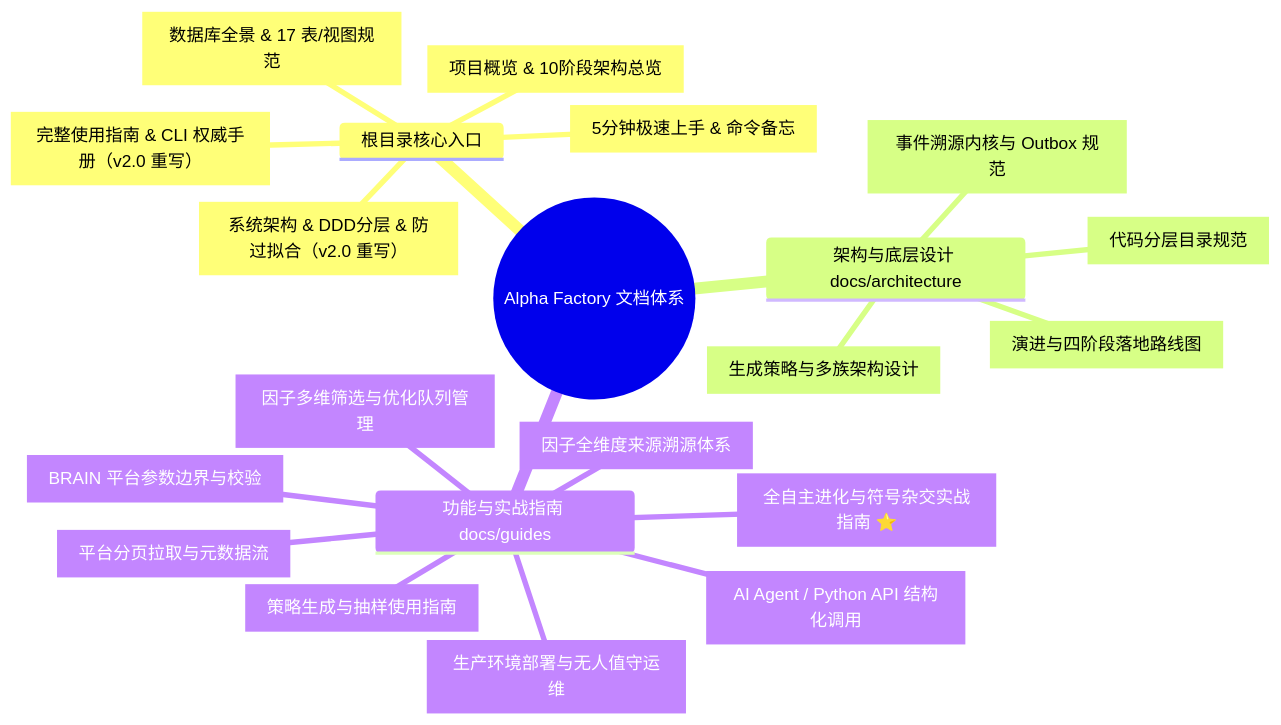
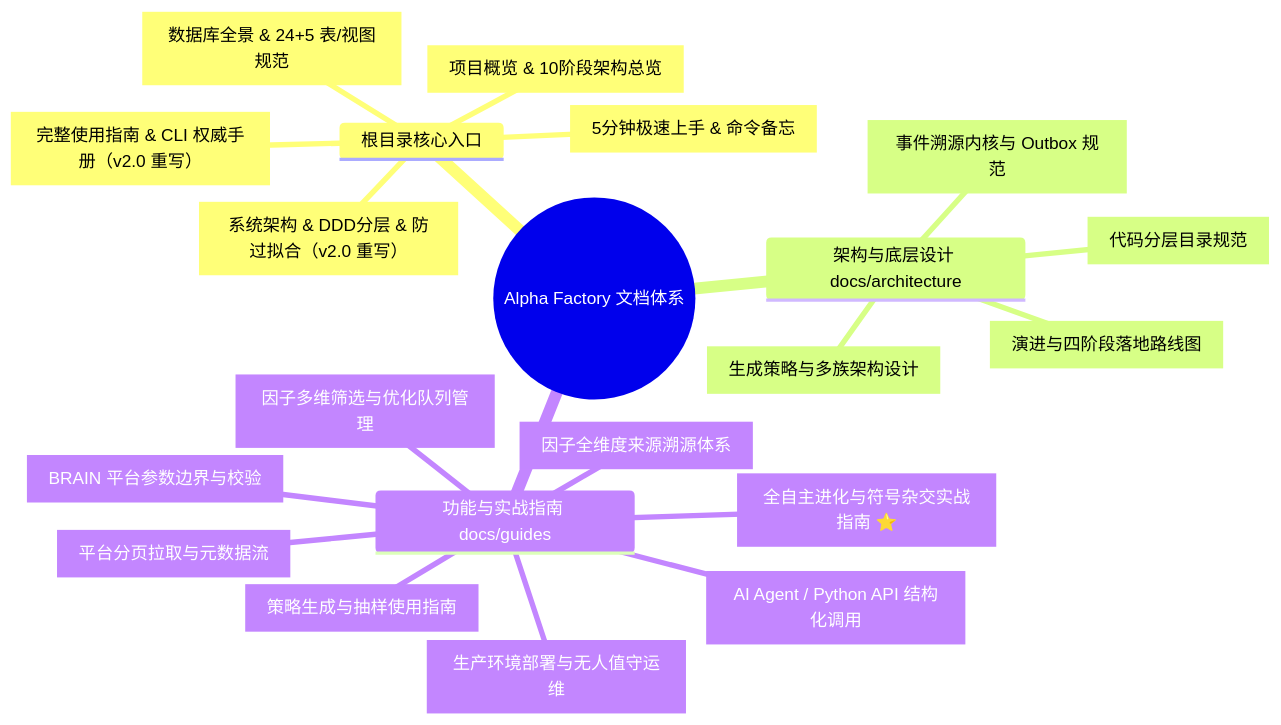
One commit to Justices/alpha_factory changed the diagram in docs/INDEX.md. Above: the diagram before and after it, drawn with Mermaid. The commit also changed other lines of this file and 8 other files, not shown here.

````diff
--- a/docs/INDEX.md
+++ b/docs/INDEX.md
@@ -9,24 +9,24 @@
 ```mermaid
 mindmap
   root((Alpha Factory 文档体系))
     根目录核心入口
       README.md["项目概览 & 10阶段架构总览"]
       QUICKSTART.md["5分钟极速上手 & 命令备忘"]
       ARCHITECTURE.md["系统架构 & DDD分层 & 防过拟合（v2.0 重写）"]
       USAGE_GUIDE.md["完整使用指南 & CLI 权威手册（v2.0 重写）"]
-      DATABASE_DESIGN.md["数据库全景 & 17 表/视图规范"]
+      DATABASE_DESIGN.md["数据库全景 & 24+5 表/视图规范"]
     架构与底层设计 docs/architecture
       event_sourced_core.md["事件溯源内核与 Outbox 规范"]
       directory_design.md["代码分层目录规范"]
       roadmap_and_evolution.md["演进与四阶段落地路线图"]
       strategy_architecture.md["生成策略与多族架构设计"]
     功能与实战指南 docs/guides
       autonomous_evolution_guide.md["全自主进化与符号杂交实战指南 ⭐"]
       production_deployment_guide.md["生产环境部署与无人值守运维"]
       ai_integration.md["AI Agent / Python API 结构化调用"]
       alpha_filtering.md["因子多维筛选与优化队列管理"]
       alpha_source_guide.md["因子全维度来源溯源体系"]
       platform_config.md["BRAIN 平台参数边界与校验"]
       pagination_guide.md["平台分页拉取与元数据流"]
       strategy_usage.md["策略生成与抽样使用指南"]
 ```
````
